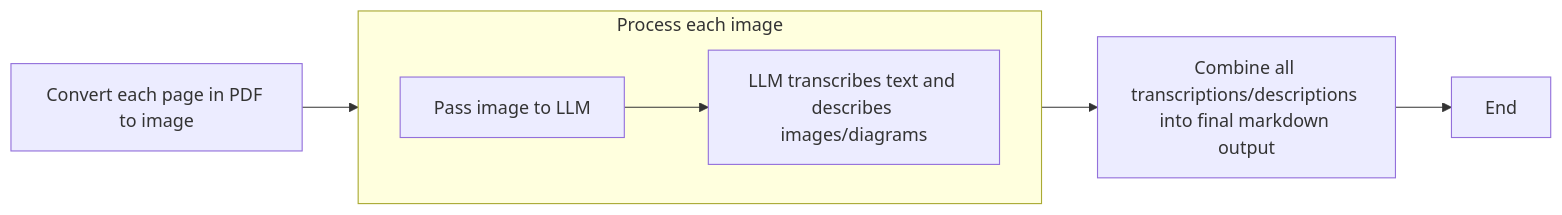
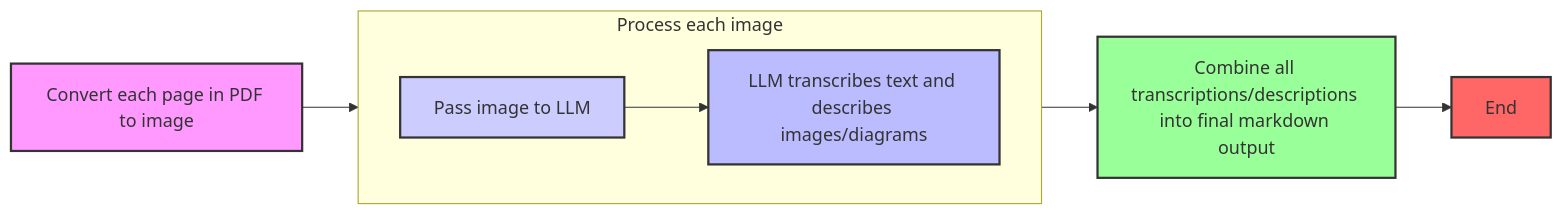
One commit to DanGiannone1/document_ingestion_for_genai changed the first of 2 diagrams in README.md. Above: the diagram before and after it, drawn with Mermaid. The commit also changed other lines of this file, not shown here.

````diff
--- a/README.md
+++ b/README.md
@@ -40,11 +40,16 @@
 ```mermaid
 graph LR
-B[Convert each page in PDF to image];
+B[Convert each page in PDF to image]
 B --> C;
 subgraph "Process each image"
 direction LR
 C[Pass image to LLM] --> D[LLM transcribes text and describes images/diagrams];
 end
 D --> F[Combine all transcriptions/descriptions into final markdown output];
 F --> G[End];
+style B fill:#f9f,stroke:#333,stroke-width:2px
+style C fill:#ccf,stroke:#333,stroke-width:2px
+style D fill:#bbf,stroke:#333,stroke-width:2px
+style F fill:#9f9,stroke:#333,stroke-width:2px
+style G fill:#f66,stroke:#333,stroke-width:2px
 ```
````
